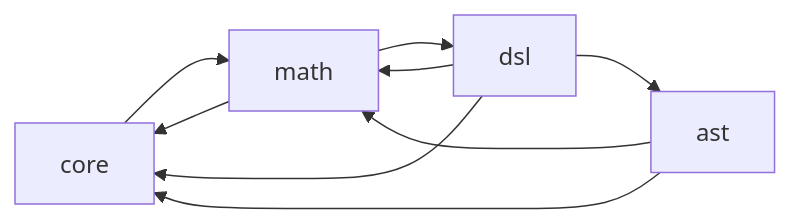
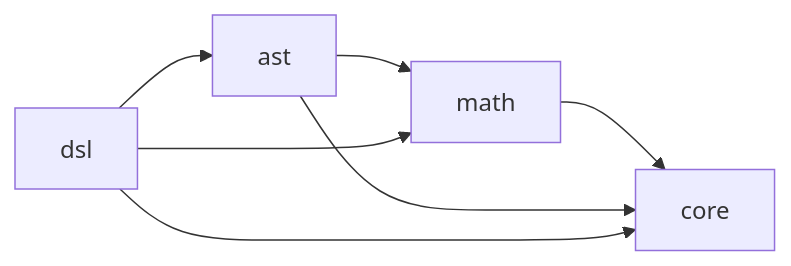
One commit to CoronaEngine/Horizon changed the third of 3 diagrams in docs/architecture/overview.md. Above: the diagram before and after it, drawn with Mermaid. The commit also changed other lines of this file and 55 other files, not shown here.

````diff
--- a/docs/architecture/overview.md
+++ b/docs/architecture/overview.md
@@ -187,16 +190,14 @@
 ```mermaid
 flowchart LR
     Core[core]
     Math[math]
     AST[ast]
     DSL[dsl]
 
-    Core --> Math
     Math --> Core
-    Math --> DSL
     AST --> Core
     AST --> Math
     DSL --> Core
     DSL --> Math
     DSL --> AST
 ```
````
